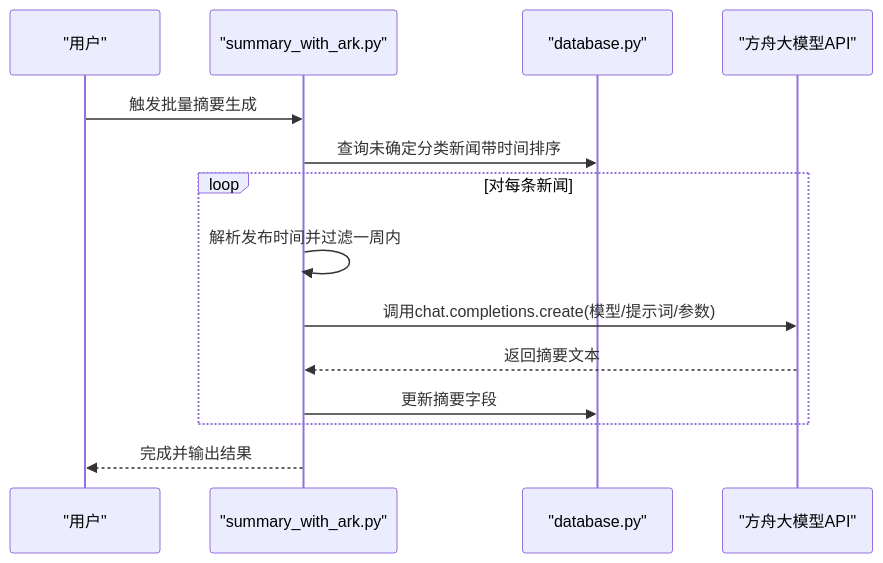
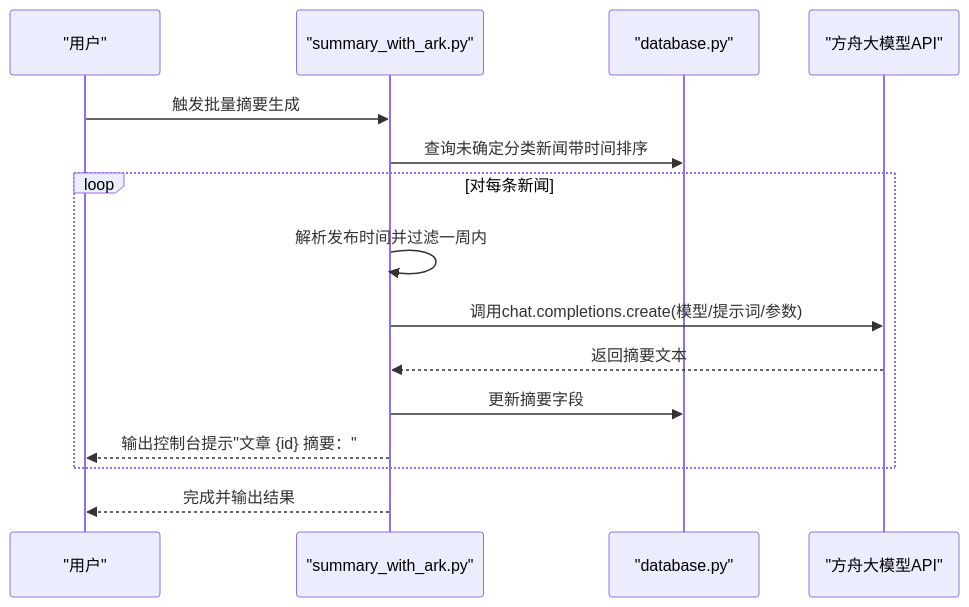
The second of 5 diagrams in .qoder/repowiki/zh/content/工具脚本说明/摘要生成工具.md (dengwanqian/news-exacter), drawn with Mermaid before and after one commit. The commit also changed other lines of this file and 8 other files, not shown here.

````diff
--- a/.qoder/repowiki/zh/content/工具脚本说明/摘要生成工具.md
+++ b/.qoder/repowiki/zh/content/工具脚本说明/摘要生成工具.md
@@ -106,16 +106,17 @@
 ```mermaid
 sequenceDiagram
 participant U as "用户"
 participant S as "summary_with_ark.py"
 participant D as "database.py"
 participant V as "方舟大模型API"
 U->>S : 触发批量摘要生成
 S->>D : 查询未确定分类新闻带时间排序
 loop 对每条新闻
 S->>S : 解析发布时间并过滤一周内
 S->>V : 调用chat.completions.create(模型/提示词/参数)
 V-->>S : 返回摘要文本
 S->>D : 更新摘要字段
+S-->>U : 输出控制台提示"文章 {id} 摘要："
 end
 S-->>U : 完成并输出结果
 ```
````
